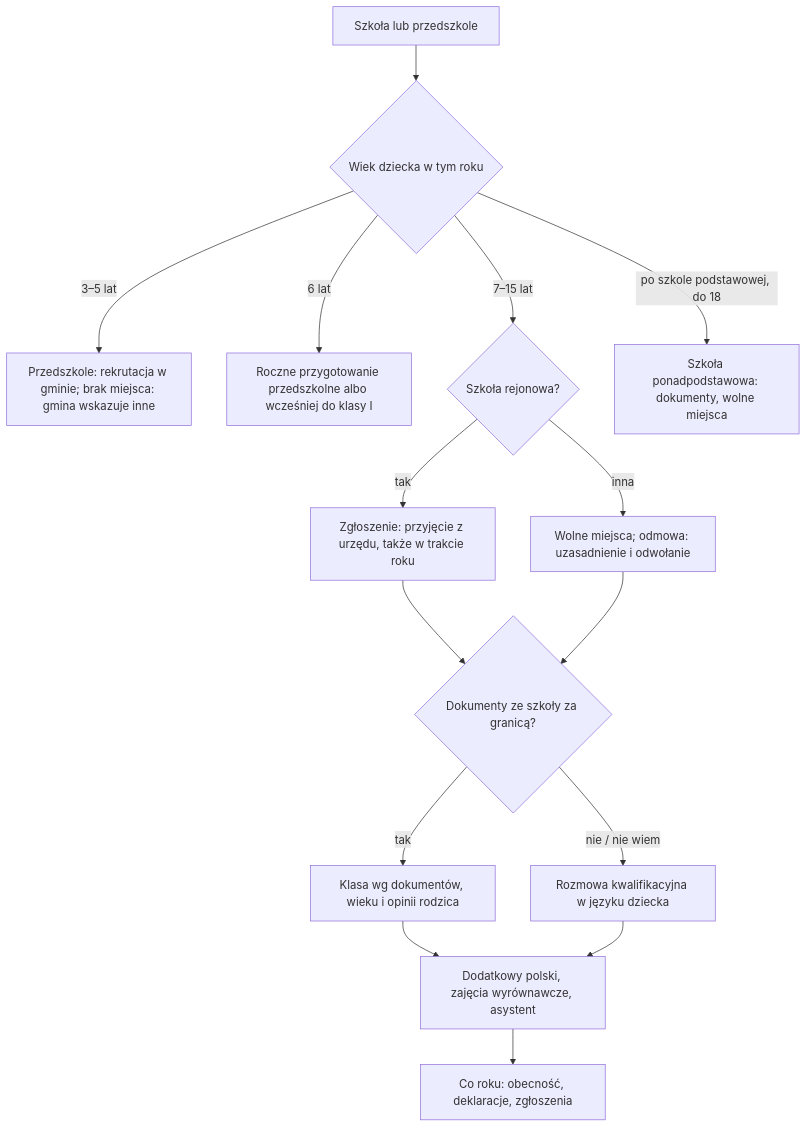
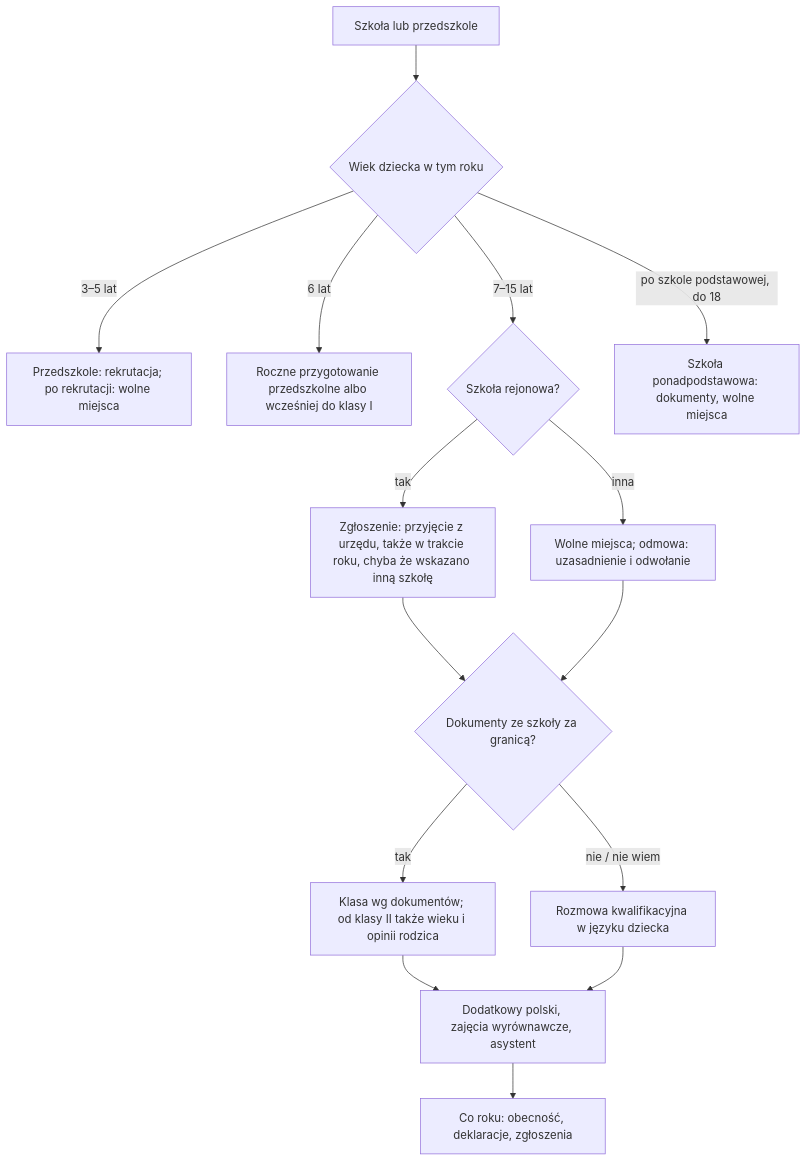
One commit to wrzalkosowskilukaszz/formalka-next changed the diagram in docs/formalka-next/maps/school.md. Above: the diagram before and after it, drawn with Mermaid. The commit also changed other lines of this file and 11 other files, not shown here.

````diff
--- a/docs/formalka-next/maps/school.md
+++ b/docs/formalka-next/maps/school.md
@@ -123,17 +124,17 @@
 ```mermaid
 flowchart TD
   A[Szkoła lub przedszkole] --> B{Wiek dziecka w tym roku}
-  B -- 3–5 lat --> P[Przedszkole: rekrutacja w gminie; brak miejsca: gmina wskazuje inne]
+  B -- 3–5 lat --> P[Przedszkole: rekrutacja; po rekrutacji: wolne miejsca]
   B -- 6 lat --> R[Roczne przygotowanie przedszkolne albo wcześniej do klasy I]
   B -- 7–15 lat --> C{Szkoła rejonowa?}
   B -- po szkole podstawowej, do 18 --> L[Szkoła ponadpodstawowa: dokumenty, wolne miejsca]
-  C -- tak --> Z[Zgłoszenie: przyjęcie z urzędu, także w trakcie roku]
+  C -- tak --> Z[Zgłoszenie: przyjęcie z urzędu, także w trakcie roku, chyba że wskazano inną szkołę]
   C -- inna --> W[Wolne miejsca; odmowa: uzasadnienie i odwołanie]
   Z --> K{Dokumenty ze szkoły za granicą?}
   W --> K
-  K -- tak --> D[Klasa wg dokumentów, wieku i opinii rodzica]
+  K -- tak --> D[Klasa wg dokumentów; od klasy II także wieku i opinii rodzica]
   K -- nie / nie wiem --> I[Rozmowa kwalifikacyjna w języku dziecka]
   D --> J[Dodatkowy polski, zajęcia wyrównawcze, asystent]
   I --> J
   J --> M[Co roku: obecność, deklaracje, zgłoszenia]
 ```
````
